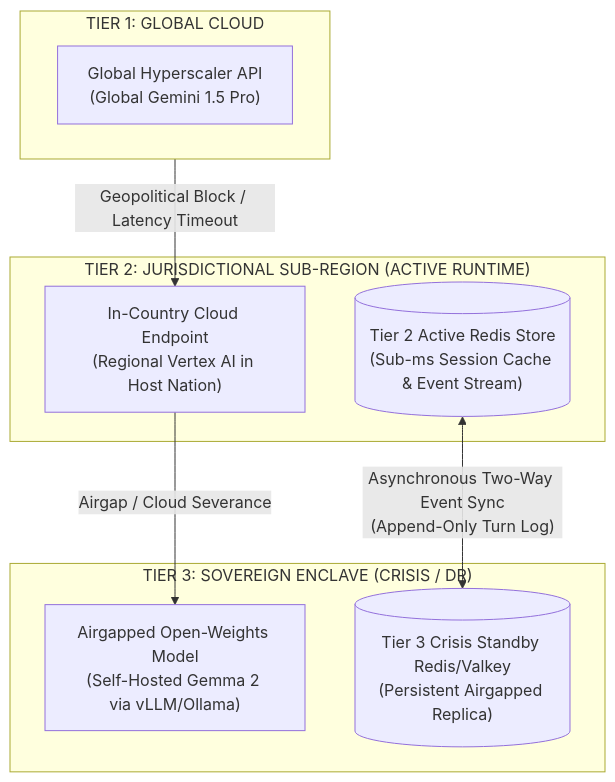
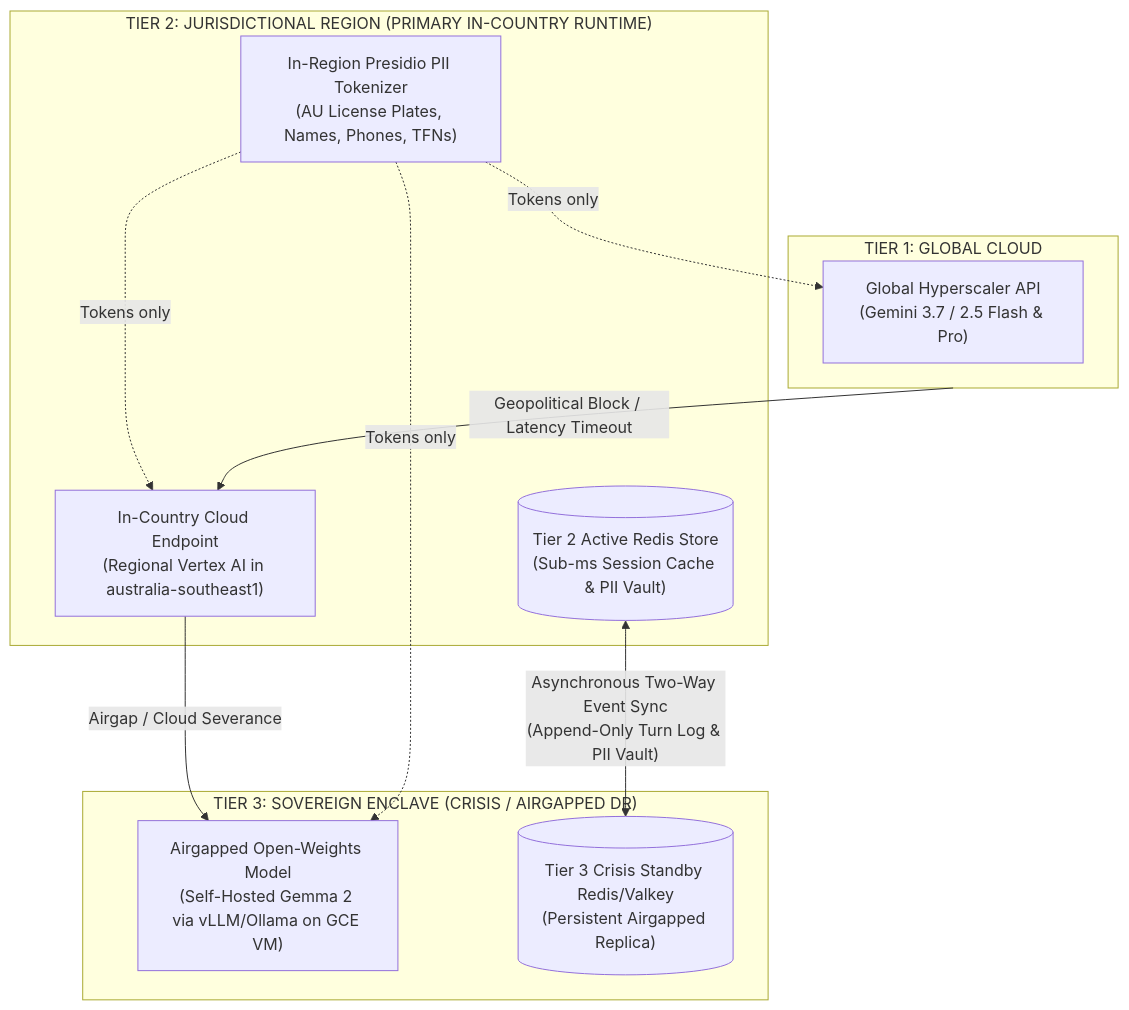
Before and after one commit to mattpancino/agentrobot: the first of 4 diagrams in docs/PRD.md, drawn with Mermaid. The commit also changed other lines of this file and 50 other files, not shown here.

Commit message:
feat: integrate Gemini Enterprise PII pre-processor, reasoning engine, and context resilience

````diff
--- a/docs/PRD.md
+++ b/docs/PRD.md
@@ -29,20 +34,24 @@
 ```mermaid
 graph TD
     subgraph T1 ["TIER 1: GLOBAL CLOUD"]
-        G1["Global Hyperscaler API<br/>(Global Gemini 1.5 Pro)"]
+        G1["Global Hyperscaler API<br/>(Gemini 3.7 / 2.5 Flash & Pro)"]
     end
 
-    subgraph T2 ["TIER 2: JURISDICTIONAL SUB-REGION (ACTIVE RUNTIME)"]
-        G2["In-Country Cloud Endpoint<br/>(Regional Vertex AI in Host Nation)"]
-        R2[("Tier 2 Active Redis Store<br/>(Sub-ms Session Cache & Event Stream)")]
+    subgraph T2 ["TIER 2: JURISDICTIONAL REGION (PRIMARY IN-COUNTRY RUNTIME)"]
+        G2["In-Country Cloud Endpoint<br/>(Regional Vertex AI in australia-southeast1)"]
+        P2["In-Region Presidio PII Tokenizer<br/>(AU License Plates, Names, Phones, TFNs)"]
+        R2[("Tier 2 Active Redis Store<br/>(Sub-ms Session Cache & PII Vault)")]
     end
 
-    subgraph T3 ["TIER 3: SOVEREIGN ENCLAVE (CRISIS / DR)"]
-        G3["Airgapped Open-Weights Model<br/>(Self-Hosted Gemma 2 via vLLM/Ollama)"]
+    subgraph T3 ["TIER 3: SOVEREIGN ENCLAVE (CRISIS / AIRGAPPED DR)"]
+        G3["Airgapped Open-Weights Model<br/>(Self-Hosted Gemma 2 via vLLM/Ollama on GCE VM)"]
         R3[("Tier 3 Crisis Standby Redis/Valkey<br/>(Persistent Airgapped Replica)")]
     end
 
     T1 -->|"Geopolitical Block / Latency Timeout"| G2
     G2 -->|"Airgap / Cloud Severance"| G3
-    R2 <-->|"Asynchronous Two-Way Event Sync<br/>(Append-Only Turn Log)"| R3
+    P2 -.->|"Tokens only"| G1
+    P2 -.->|"Tokens only"| G2
+    P2 -.->|"Tokens only"| G3
+    R2 <-->|"Asynchronous Two-Way Event Sync<br/>(Append-Only Turn Log & PII Vault)"| R3
 ```
````
